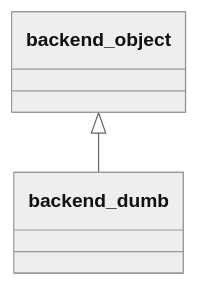
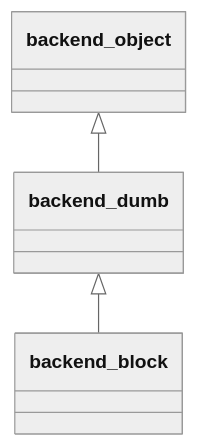
One commit to szaghi/foresight changed the second of 30 diagrams in docs/api/src/lib/foresight_backend_dumb.md. Above: the diagram before and after it, drawn with Mermaid (neutral theme). The commit also changed other lines of this file and 97 other files, not shown here.

````diff
--- a/docs/api/src/lib/foresight_backend_dumb.md
+++ b/docs/api/src/lib/foresight_backend_dumb.md
@@ -81,4 +96,5 @@
 ```mermaid
 classDiagram
   backend_object <|-- backend_dumb
+  backend_dumb <|-- backend_block
 ```
````
